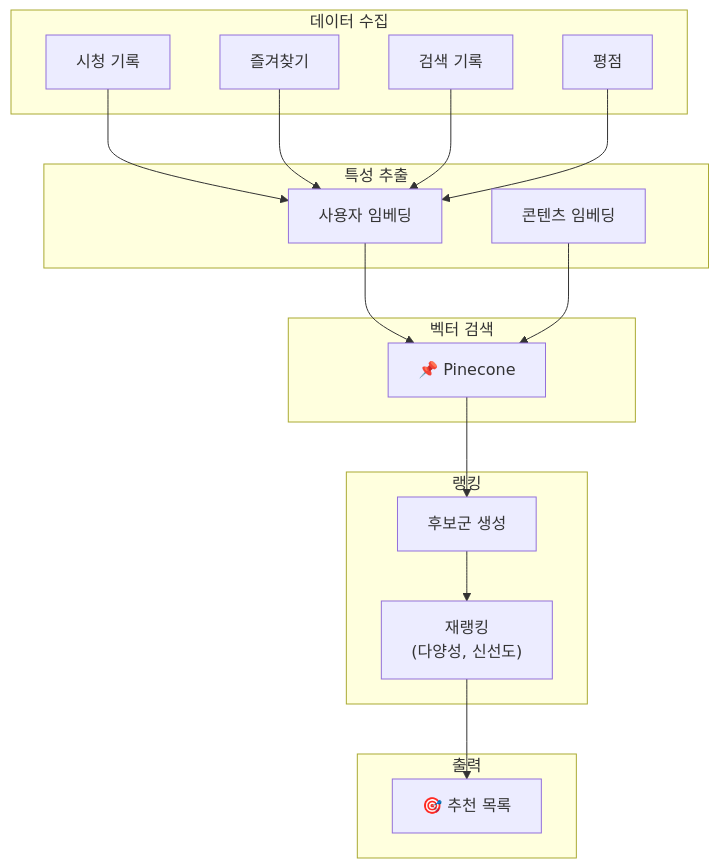
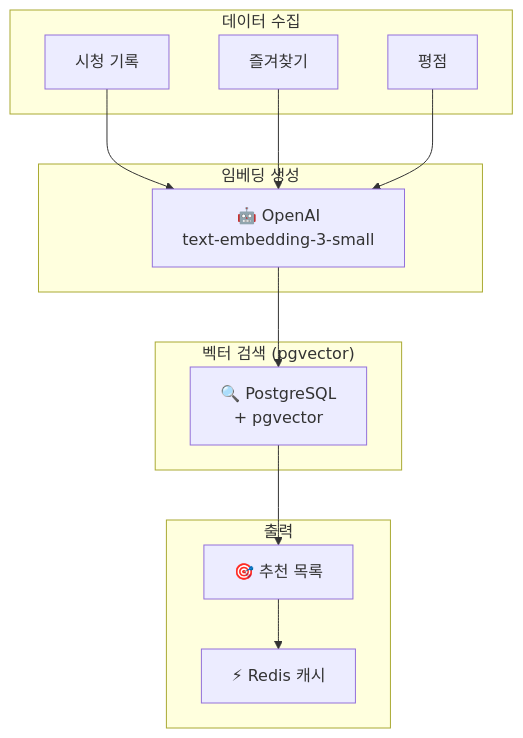
Before and after one commit to Prometheus-P/OndaCoreana: the eighth of 9 diagrams in docs/specs/ARCHITECTURE.md, drawn with Mermaid. The commit also changed other lines of this file and 3 other files, not shown here.

````diff
--- a/docs/specs/ARCHITECTURE.md
+++ b/docs/specs/ARCHITECTURE.md
@@ -605,39 +626,28 @@
 ```mermaid
 graph TB
     subgraph DataCollection["데이터 수집"]
         WatchHistory["시청 기록"]
         Favorites["즐겨찾기"]
-        SearchHistory["검색 기록"]
         Ratings["평점"]
     end
 
-    subgraph FeatureEngineering["특성 추출"]
-        UserEmbedding["사용자 임베딩"]
-        ContentEmbedding["콘텐츠 임베딩"]
+    subgraph Embedding["임베딩 생성"]
+        OpenAI["🤖 OpenAI<br/>text-embedding-3-small"]
     end
 
-    subgraph VectorSearch["벡터 검색"]
-        Pinecone["📌 Pinecone"]
-    end
-
-    subgraph Ranking["랭킹"]
-        Candidates["후보군 생성"]
-        Reranker["재랭킹<br/>(다양성, 신선도)"]
+    subgraph VectorSearch["벡터 검색 (pgvector)"]
+        pgvector["🔍 PostgreSQL<br/>+ pgvector"]
     end
 
     subgraph Output["출력"]
         Recommendations["🎯 추천 목록"]
+        Cache["⚡ Redis 캐시"]
     end
 
-    WatchHistory --> UserEmbedding
-    Favorites --> UserEmbedding
-    SearchHistory --> UserEmbedding
-    Ratings --> UserEmbedding
-
-    UserEmbedding --> Pinecone
-    ContentEmbedding --> Pinecone
-
-    Pinecone --> Candidates
-    Candidates --> Reranker
-    Reranker --> Recommendations
+    WatchHistory --> OpenAI
+    Favorites --> OpenAI
+    Ratings --> OpenAI
+    OpenAI --> pgvector
+    pgvector --> Recommendations
+    Recommendations --> Cache
 ```
````
